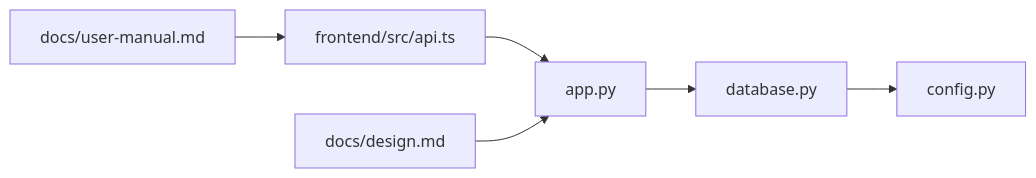
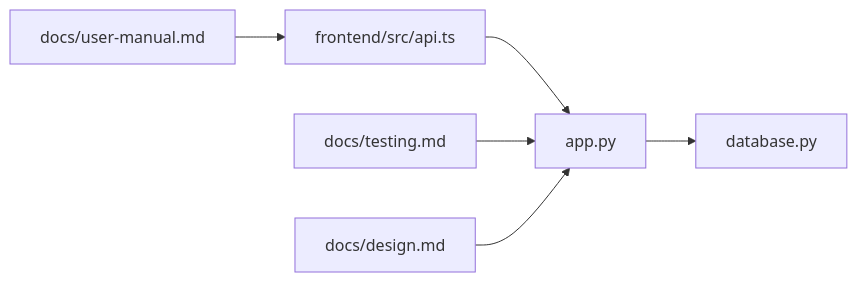
One commit to GDY-ai/ainstein changed the third of 3 diagrams in .qoder/repowiki/zh/content/API参考文档/项目管理API.md. Above: the diagram before and after it, drawn with Mermaid. The commit also changed other lines of this file and 61 other files, not shown here.

````diff
--- a/.qoder/repowiki/zh/content/API参考文档/项目管理API.md
+++ b/.qoder/repowiki/zh/content/API参考文档/项目管理API.md
@@ -263,8 +429,8 @@
 ```mermaid
 graph LR
 FE["frontend/src/api.ts"] --> APP["app.py"]
 APP --> DB["database.py"]
-DB --> CFG["config.py"]
-DOC1["docs/design.md"] --> APP
-DOC2["docs/user-manual.md"] --> FE
+TEST["docs/testing.md"] --> APP
+DESIGN["docs/design.md"] --> APP
+USER["docs/user-manual.md"] --> FE
 ```
````
